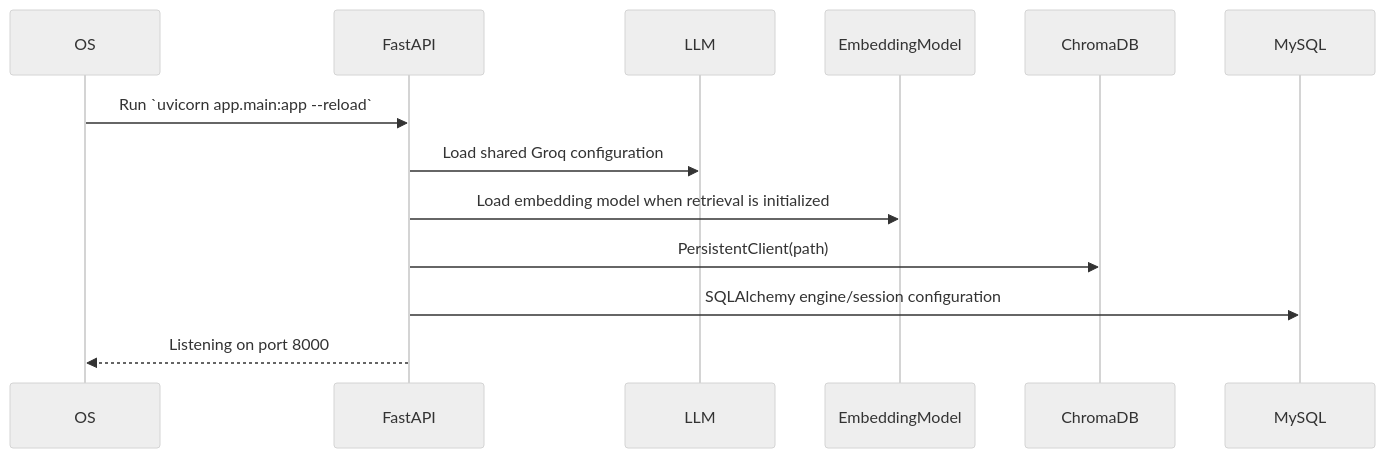
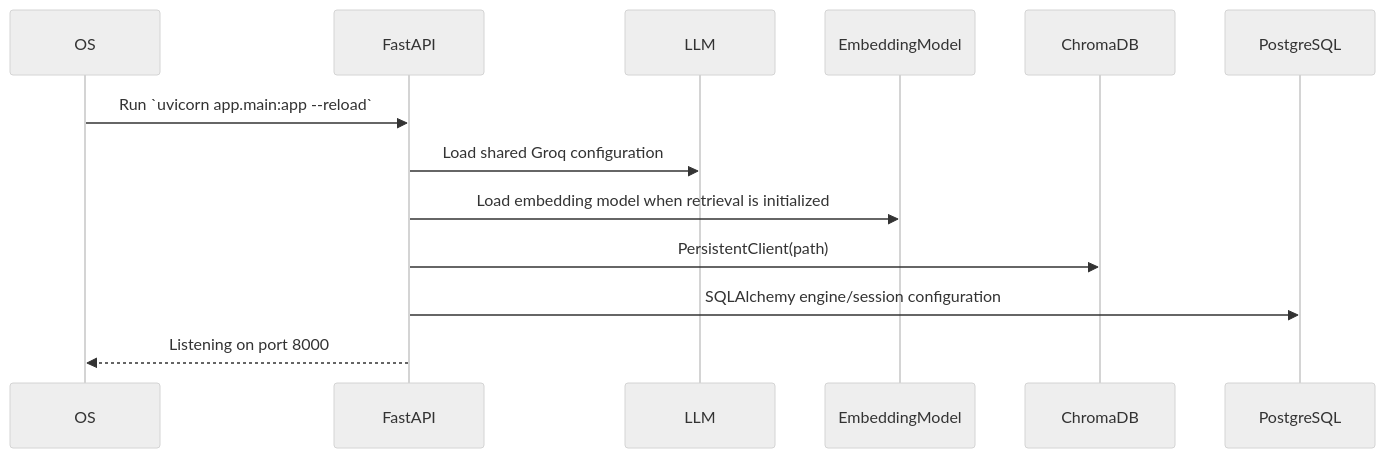
The second of 8 diagrams in PROJECT_GUIDE.md (Prathiksha-2126/Development-of-AI-Based-Knowledge-Retrieval-Platform-with-Query-Resolution-System), drawn with Mermaid (neutral theme) before and after one commit. The commit also changed other lines of this file and 78 other files, not shown here.

````diff
--- a/PROJECT_GUIDE.md
+++ b/PROJECT_GUIDE.md
@@ -660,15 +839,15 @@
 ```mermaid
 sequenceDiagram
     participant OS
     participant FastAPI
     participant LLM
     participant EmbeddingModel
     participant ChromaDB
-    participant MySQL
+    participant PostgreSQL
     OS->>FastAPI: Run `uvicorn app.main:app --reload`
     FastAPI->>LLM: Load shared Groq configuration
     FastAPI->>EmbeddingModel: Load embedding model when retrieval is initialized
     FastAPI->>ChromaDB: PersistentClient(path)
-    FastAPI->>MySQL: SQLAlchemy engine/session configuration
+    FastAPI->>PostgreSQL: SQLAlchemy engine/session configuration
     FastAPI-->>OS: Listening on port 8000
 ```
````
